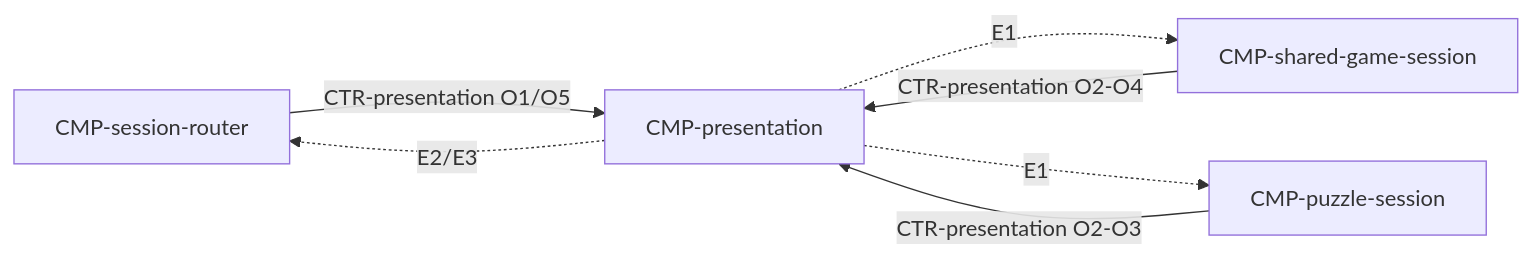
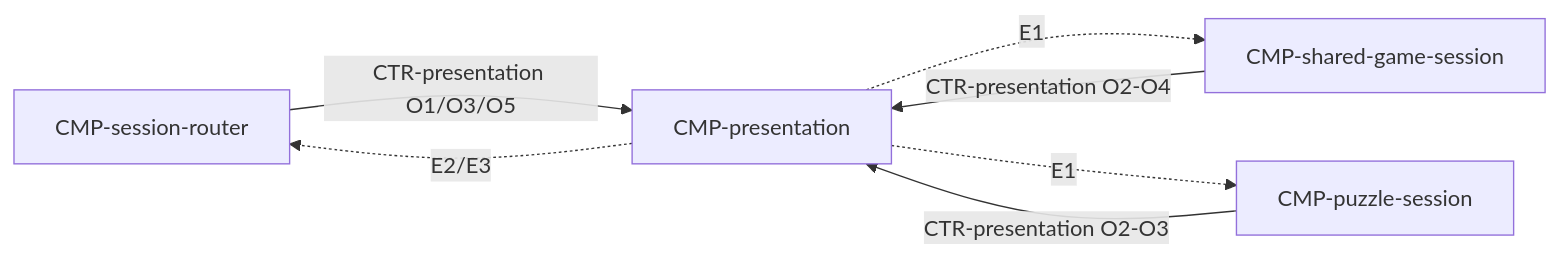
One commit to waigore/simplechessv2 changed the diagram in specs/technical/components/presentation.md. Above: the diagram before and after it, drawn with Mermaid. The commit also changed other lines of this file and 8 other files, not shown here.

````diff
--- a/specs/technical/components/presentation.md
+++ b/specs/technical/components/presentation.md
@@ -39,13 +39,13 @@
 ```mermaid
 flowchart LR
   R[CMP-session-router]
   S[CMP-shared-game-session]
   Q[CMP-puzzle-session]
   V[CMP-presentation]
-  R -->|CTR-presentation O1/O5| V
+  R -->|CTR-presentation O1/O3/O5| V
   S -->|CTR-presentation O2-O4| V
   Q -->|CTR-presentation O2-O3| V
   V -.->|E2/E3| R
   V -.->|E1| S
   V -.->|E1| Q
 ```
````
